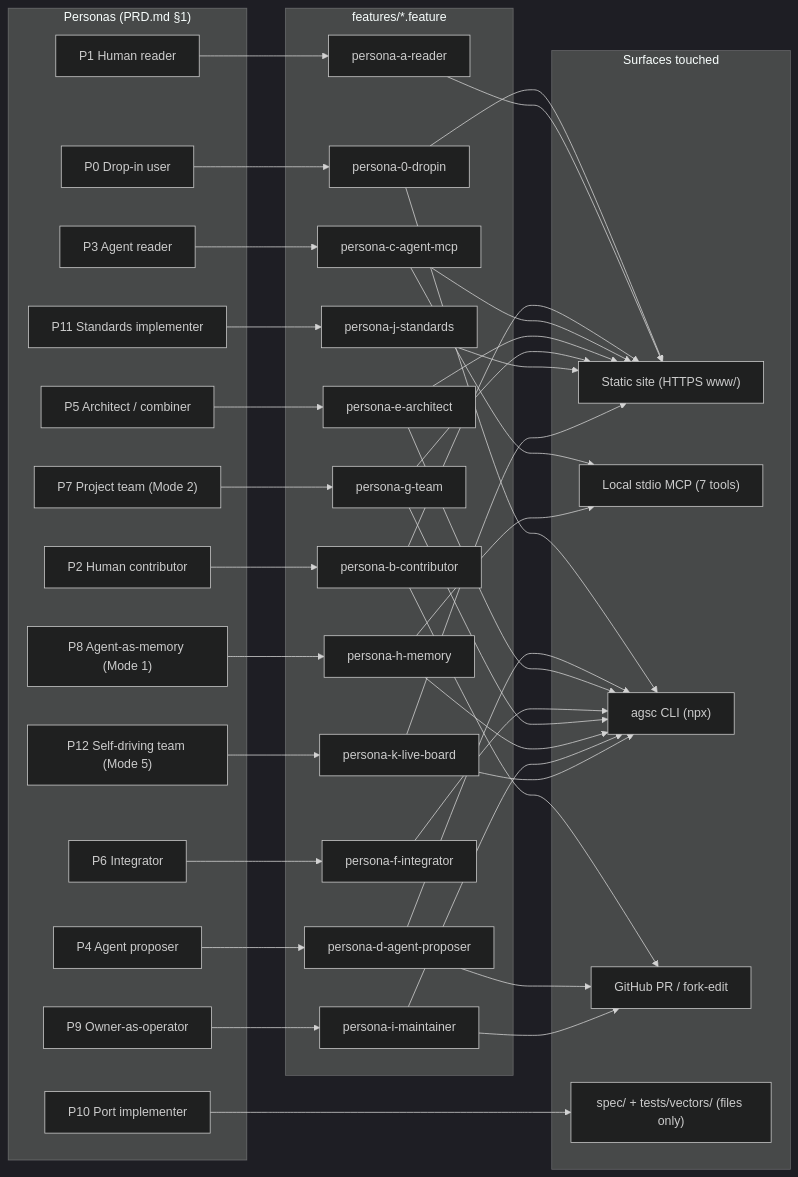
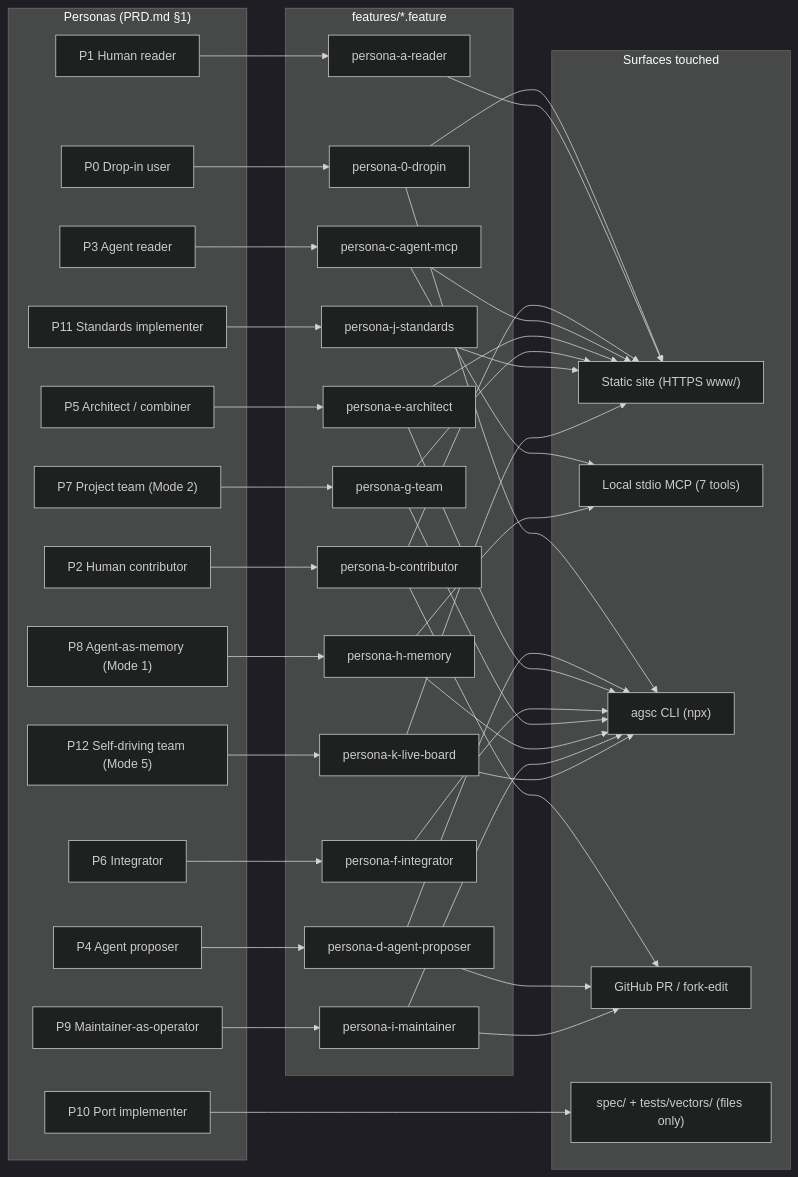
Before and after one commit to andreibesleaga/agentic-system-core: the diagram in docs/diagrams/scenario-map.md, drawn with Mermaid (dark theme). The commit also changed other lines of this file and 386 other files, not shown here.

````diff
--- a/docs/diagrams/scenario-map.md
+++ b/docs/diagrams/scenario-map.md
@@ -5,64 +5,64 @@
 ```mermaid
 flowchart LR
   subgraph PERSONAS["Personas (PRD.md §1)"]
     P0["P0 Drop-in user"]
     P1["P1 Human reader"]
     P2["P2 Human contributor"]
     P3["P3 Agent reader"]
     P4["P4 Agent proposer"]
     P5["P5 Architect / combiner"]
     P6["P6 Integrator"]
     P7["P7 Project team (Mode 2)"]
     P8["P8 Agent-as-memory (Mode 1)"]
-    P9["P9 Owner-as-operator"]
+    P9["P9 Maintainer-as-operator"]
     P10["P10 Port implementer"]
     P11["P11 Standards implementer"]
     P12["P12 Self-driving team (Mode 5)"]
   end
 
   subgraph FEATURES["features/*.feature"]
     F0["persona-0-dropin"]
     Fa["persona-a-reader"]
     Fb["persona-b-contributor"]
     Fc["persona-c-agent-mcp"]
     Fd["persona-d-agent-proposer"]
     Fe["persona-e-architect"]
     Ff["persona-f-integrator"]
     Fg["persona-g-team"]
     Fh["persona-h-memory"]
     Fi["persona-i-maintainer"]
     Fj["persona-j-standards"]
     Fk["persona-k-live-board"]
   end
 
   subgraph SURFACES["Surfaces touched"]
     SITE["Static site (HTTPS www/)"]
     MCP["Local stdio MCP (7 tools)"]
     CLI["agsc CLI (npx)"]
     PR["GitHub PR / fork-edit"]
     FILES["spec/ + tests/vectors/ (files only)"]
   end
 
   P0 --> F0 --> CLI
   F0 --> SITE
   P1 --> Fa --> SITE
   P2 --> Fb --> SITE
   Fb --> PR
   P3 --> Fc --> MCP
   Fc --> SITE
   P4 --> Fd --> CLI
   Fd --> PR
   P5 --> Fe --> SITE
   Fe --> CLI
   P6 --> Ff --> CLI
   P7 --> Fg --> CLI
   Fg --> SITE
   P8 --> Fh --> CLI
   Fh --> MCP
   P9 --> Fi --> CLI
   Fi --> PR
   P10 --> FILES
   P11 --> Fj --> SITE
   P12 --> Fk --> CLI
   Fk --> SITE
 ```
````
